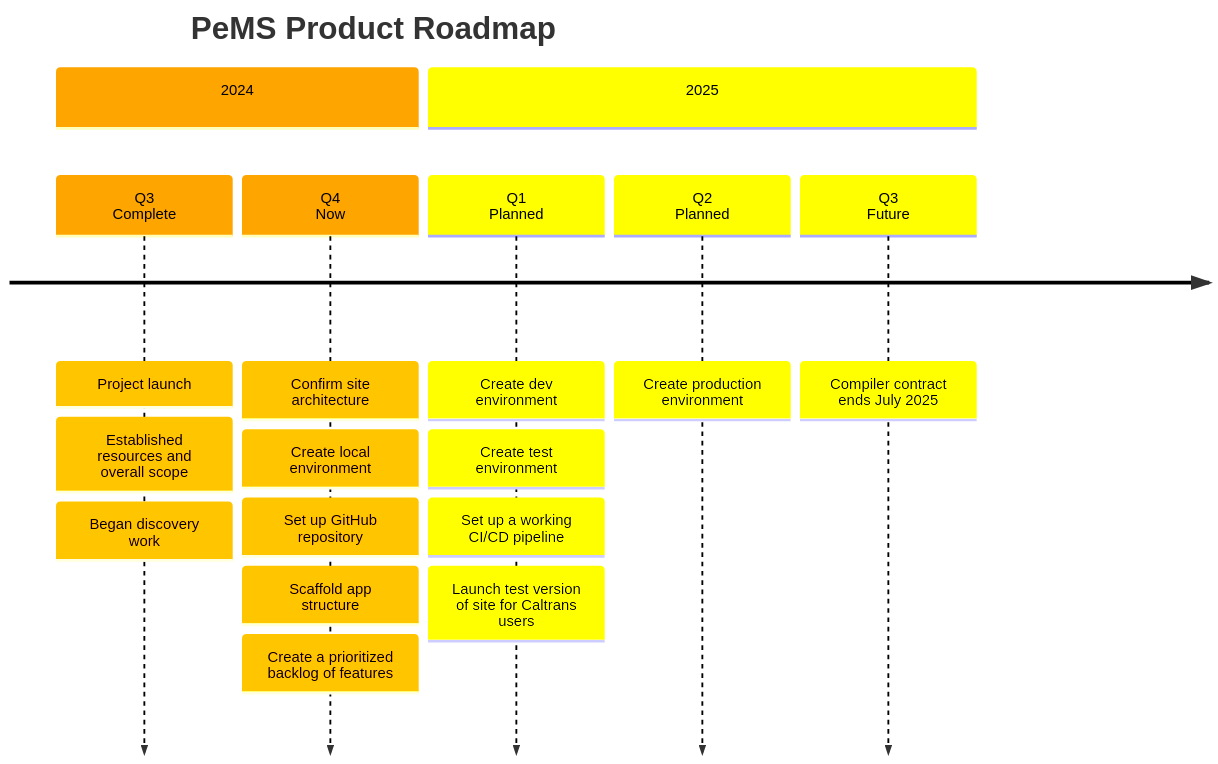
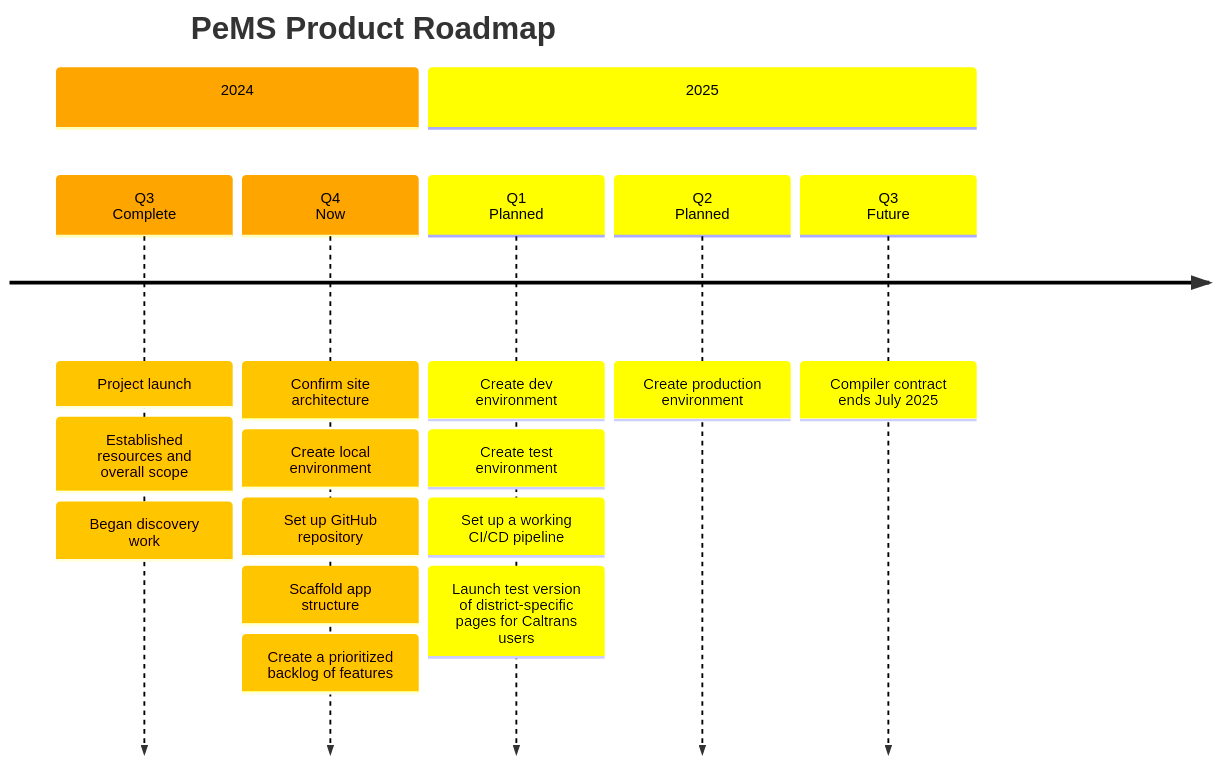
One commit to lalver1/pems changed the diagram in docs/README.md. Above: the diagram before and after it, drawn with Mermaid.

Commit message:
Update README.md
Specified district pages for Q1 roadmap item

````diff
--- a/docs/README.md
+++ b/docs/README.md
@@ -17,46 +17,46 @@
 ```mermaid
 timeline
     title PeMS Product Roadmap
 %% PeMS Epics (2024)
           section 2024
 
           Q3<br>Complete
           : Project launch
           : Established resources and overall scope
           : Began discovery work
 
           Q4<br>Now
           : Confirm site architecture
           : Create local environment
           : Set up GitHub repository
           : Scaffold app structure
           : Create a prioritized backlog of features
 
 %% PeMS Epics (2025)
           section 2025
 
           Q1<br>Planned
           : Create dev environment
           : Create test environment
           : Set up a working CI/CD pipeline
-          : Launch test version of site for Caltrans users
+          : Launch test version of district-specific pages for Caltrans users
 
           Q2<br>Planned
           : Create production environment
 
           Q3<br>Future
           : Compiler contract ends July 2025
 
 %%{
     init: {
         'logLevel': 'debug',
         'theme': 'default' ,
         'themeVariables': {
             'cScale0': 'orange',
             'cScaleLabel0': 'black',
             'cScale1': 'yellow',
             'cScaleLabel1': 'black'
         }
     }
 }%%
 ```
````
